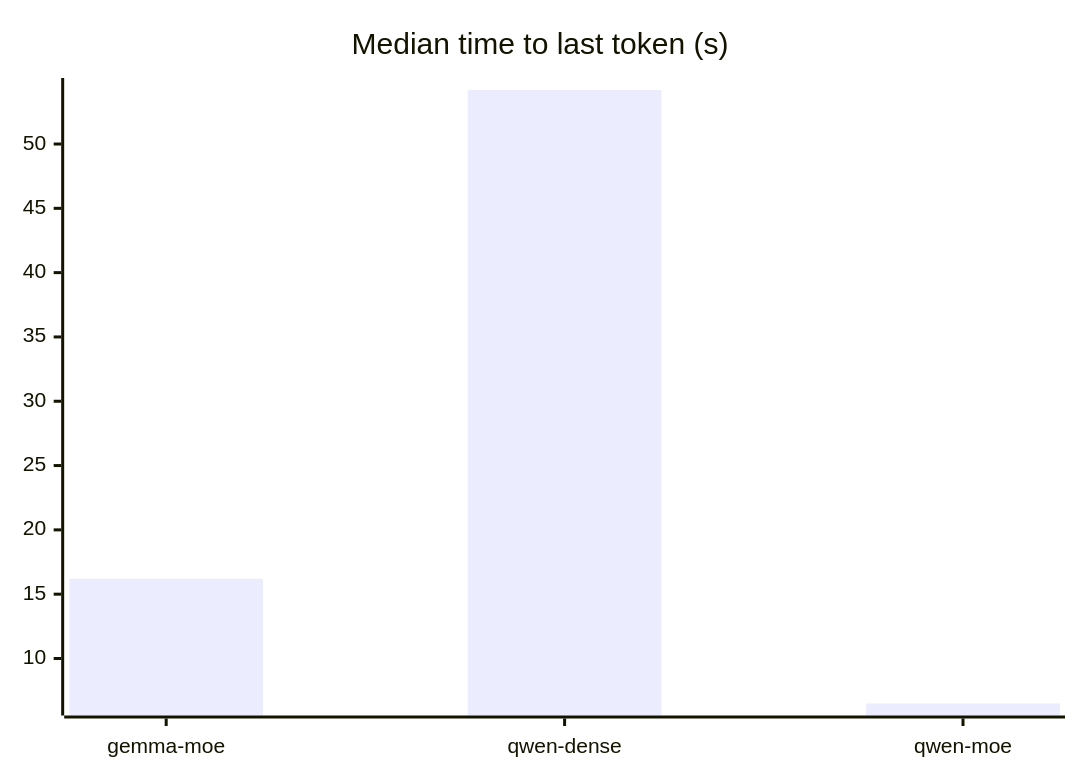
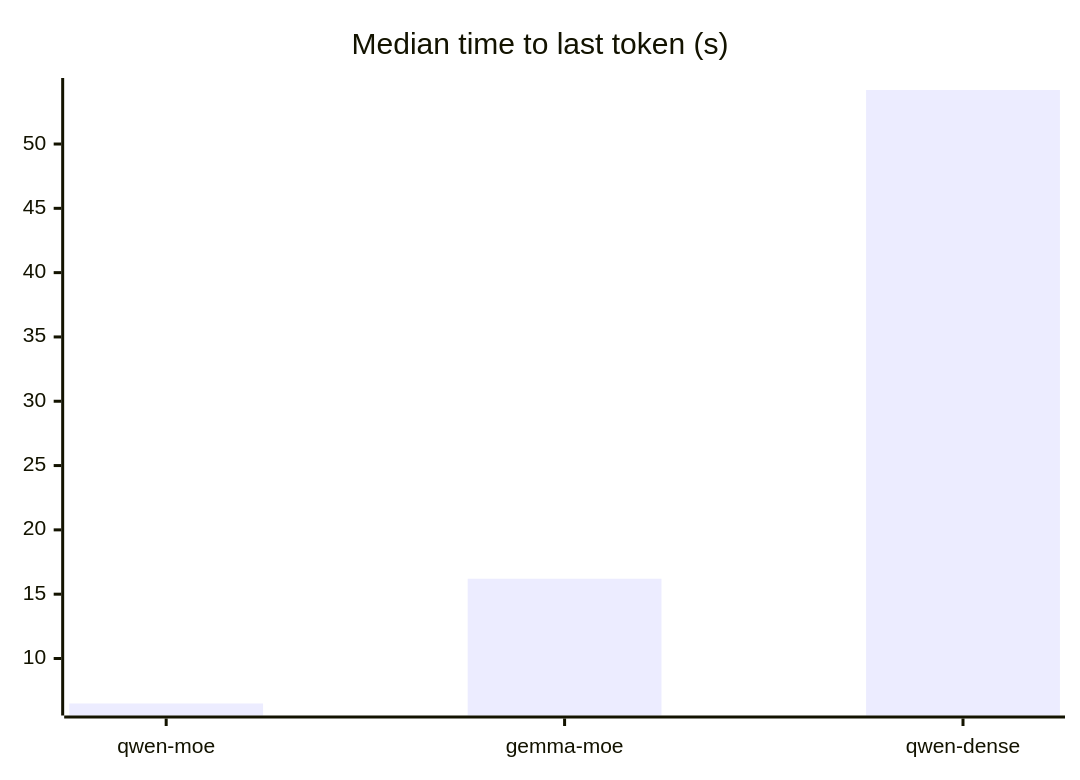
The second of 3 diagrams in docs/benchmarks/results.md (aarora79/meru), drawn with Mermaid before and after one commit. The commit also changed other lines of this file and 3 other files, not shown here.

First line of the commit message:
Sort the benchmark charts best first

````diff
--- a/docs/benchmarks/results.md
+++ b/docs/benchmarks/results.md
@@ -43,6 +43,6 @@
 ```mermaid
 xychart-beta
     title "Median time to last token (s)"
-    x-axis ["gemma-moe", "qwen-dense", "qwen-moe"]
-    bar [16.2, 54.2, 6.5]
+    x-axis ["qwen-moe", "gemma-moe", "qwen-dense"]
+    bar [6.5, 16.2, 54.2]
 ```
````
